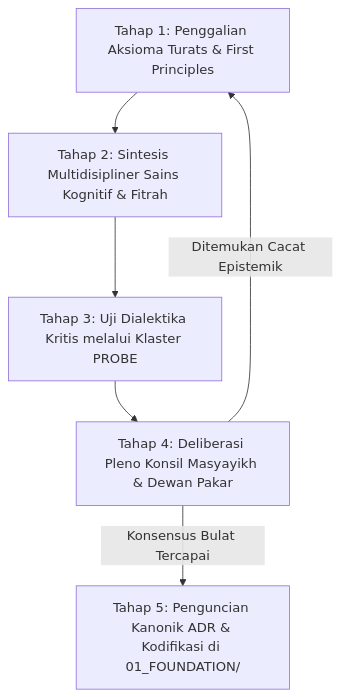
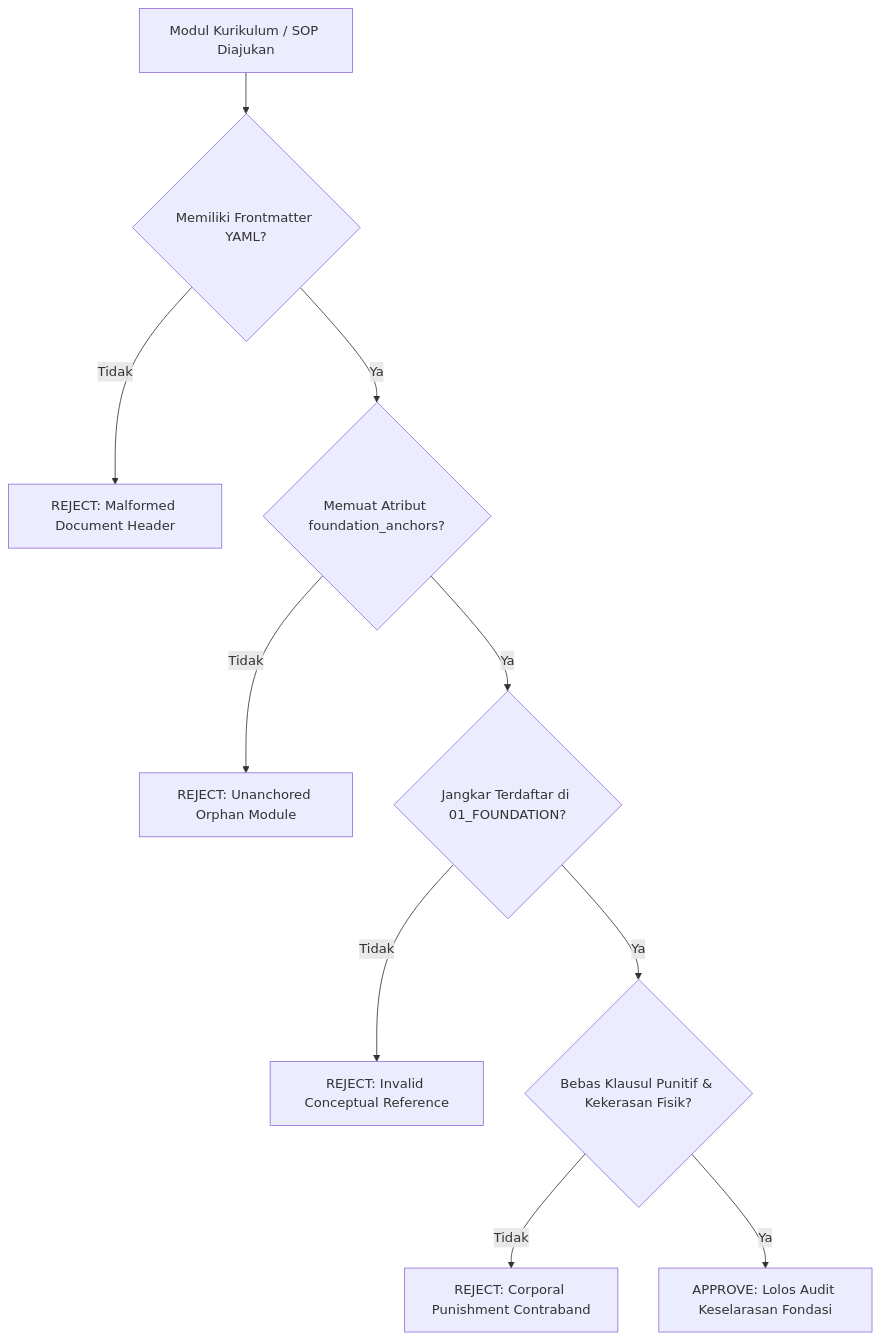
The diagram in PROBE/PROBE_01/P00022-Mengapa-Foundation-Menjadi-Pintu-Gerbang-Pertama.md (wandiapriliyandi/tumbuh), drawn with Mermaid before and after one commit. The commit also changed other lines of this file and 10 other files, not shown here.

````diff
--- a/PROBE/PROBE_01/P00022-Mengapa-Foundation-Menjadi-Pintu-Gerbang-Pertama.md
+++ b/PROBE/PROBE_01/P00022-Mengapa-Foundation-Menjadi-Pintu-Gerbang-Pertama.md
@@ -192,8 +413,12 @@
 ```mermaid
-graph TD
-    A[Tahap 1: Penggalian Aksioma Turats & First Principles] --> B[Tahap 2: Sintesis Multidisipliner Sains Kognitif & Fitrah]
-    B --> C[Tahap 3: Uji Dialektika Kritis melalui Klaster PROBE]
-    C --> D[Tahap 4: Deliberasi Pleno Konsil Masyayikh & Dewan Pakar]
-    D -- Ditemukan Cacat Epistemik --> A
-    D -- Konsensus Bulat Tercapai --> E[Tahap 5: Penguncian Kanonik ADR & Kodifikasi di 01_FOUNDATION/]
+flowchart TD
+    A[Modul Kurikulum / SOP Diajukan] --> B{Memiliki Frontmatter YAML?}
+    B -- Tidak --> C[REJECT: Malformed Document Header]
+    B -- Ya --> D{Memuat Atribut foundation_anchors?}
+    D -- Tidak --> E[REJECT: Unanchored Orphan Module]
+    D -- Ya --> F{Jangkar Terdaftar di 01_FOUNDATION?}
+    F -- Tidak --> G[REJECT: Invalid Conceptual Reference]
+    F -- Ya --> H{Bebas Klausul Punitif & Kekerasan Fisik?}
+    H -- Tidak --> I[REJECT: Corporal Punishment Contraband]
+    H -- Ya --> J[APPROVE: Lolos Audit Keselarasan Fondasi]
 ```
````
